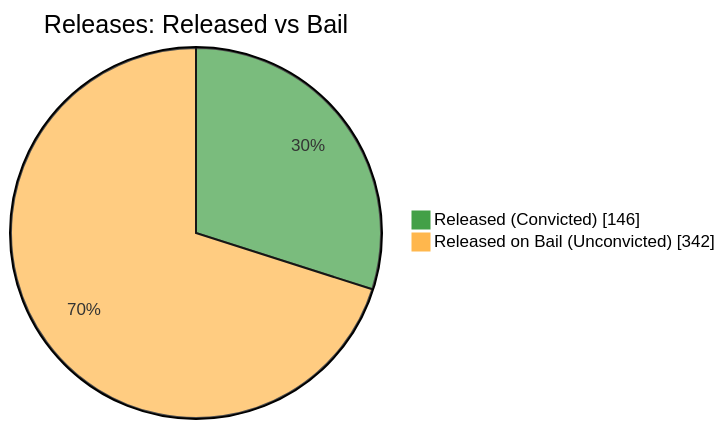
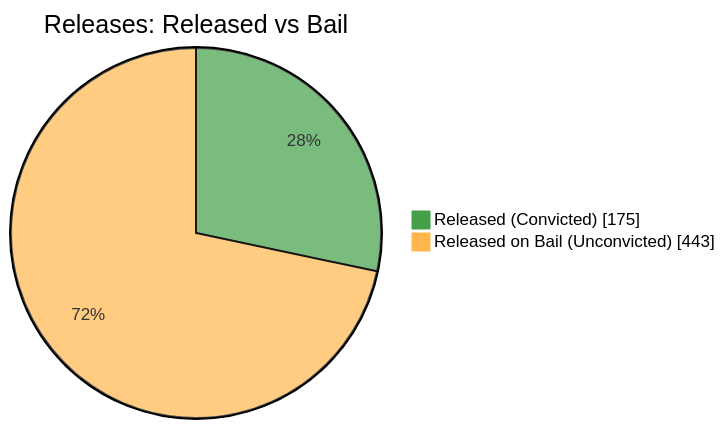
The fifth of 7 diagrams in README.md (nuuuwan/lk_prisons), drawn with Mermaid before and after one commit. The commit also changed other lines of this file and 1 other file, not shown here.

````diff
--- a/README.md
+++ b/README.md
@@ -87,6 +87,6 @@
 ```mermaid
 %%{init: {'themeVariables': {'pie1': '#43A047', 'pie2': '#FFB74D'}}}%%
 pie showData title Releases: Released vs Bail
-    "Released (Convicted)" : 146
-    "Released on Bail (Unconvicted)" : 342
+    "Released (Convicted)" : 175
+    "Released on Bail (Unconvicted)" : 443
 ```
````
